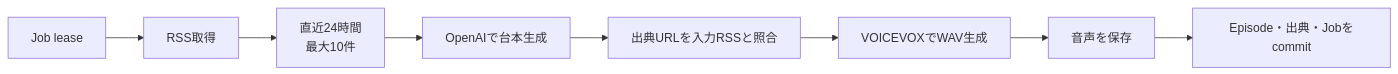
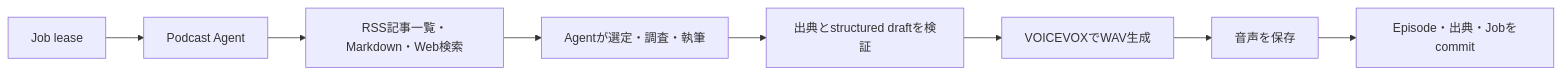
The fifth of 7 diagrams in docs/architecture.md (r4ai/news-podcast), drawn with Mermaid before and after one commit. The commit also changed other lines of this file and 49 other files, not shown here.

Commit message:
feat: add agent-driven RSS podcast pipeline

````diff
--- a/docs/architecture.md
+++ b/docs/architecture.md
@@ -153,10 +156,10 @@
 ```mermaid
 flowchart LR
-  Lease["Job lease"] --> Fetch["RSS取得"]
-  Fetch --> Select["直近24時間\n最大10件"]
-  Select --> Script["OpenAIで台本生成"]
-  Script --> Verify["出典URLを入力RSSと照合"]
+  Lease["Job lease"] --> Agent["Podcast Agent"]
+  Agent --> Tools["RSS記事一覧・Markdown・Web検索"]
+  Tools --> Script["Agentが選定・調査・執筆"]
+  Script --> Verify["出典とstructured draftを検証"]
   Verify --> TTS["VOICEVOXでWAV生成"]
   TTS --> Store["音声を保存"]
   Store --> Commit["Episode・出典・Jobをcommit"]
 ```
````
